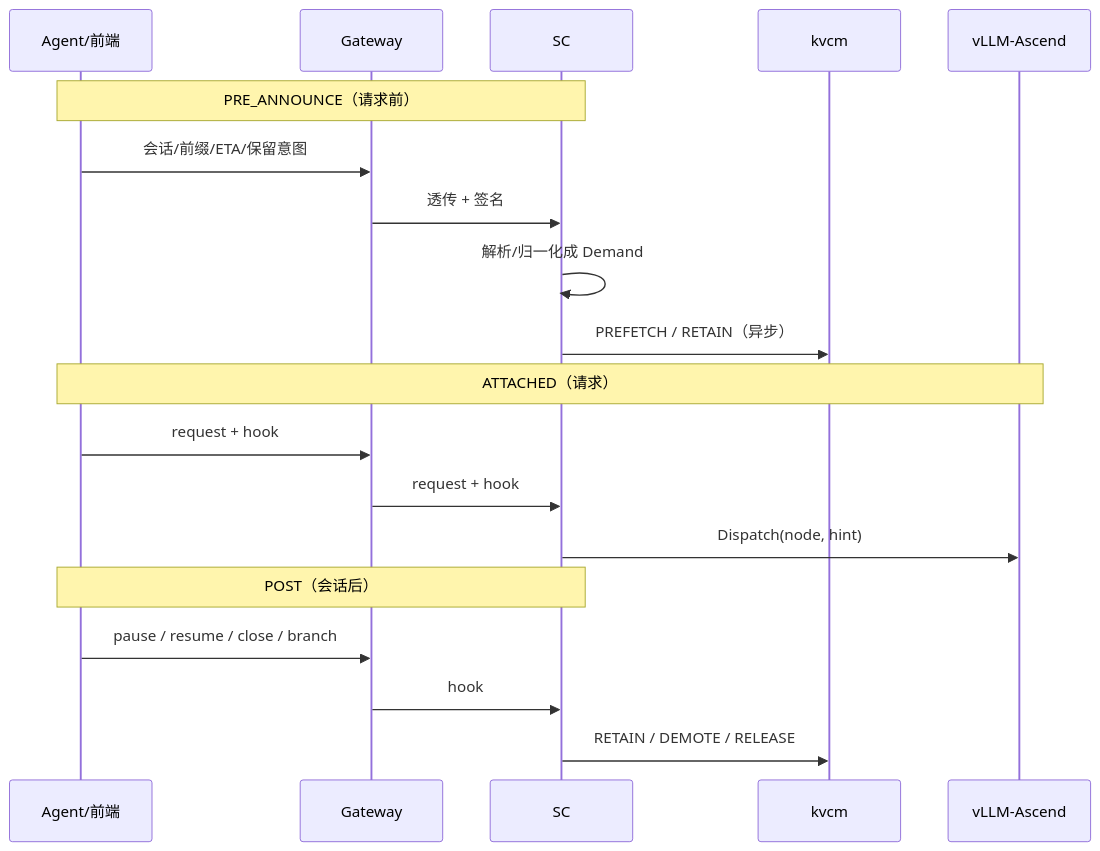
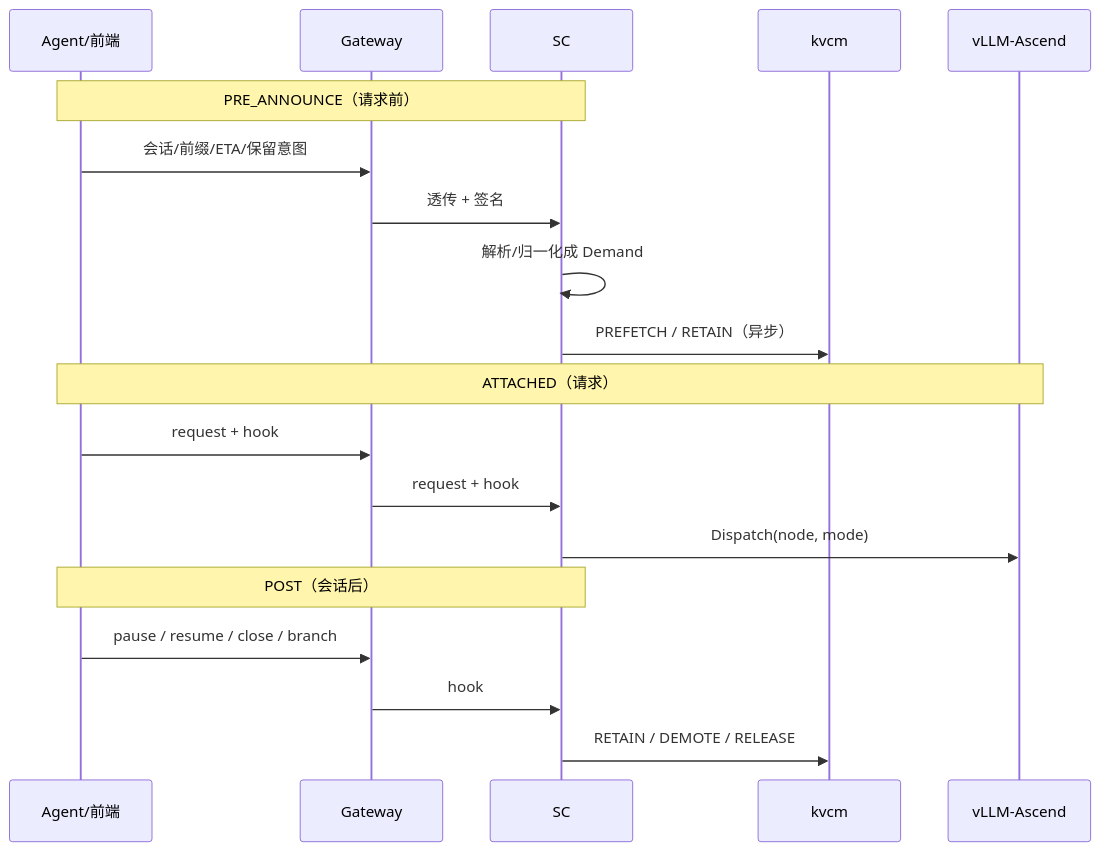
Before and after one commit to 5x8-40/lake: the fifth of 7 diagrams in kvcm/design/D8-joint-scheduling.md, drawn with Mermaid. The commit also changed other lines of this file and 3 other files, not shown here.

First line of the commit message:
docs(kvcm): Dispatch 去掉 hint，改 target+mode

````diff
--- a/kvcm/design/D8-joint-scheduling.md
+++ b/kvcm/design/D8-joint-scheduling.md
@@ -285,24 +285,24 @@
 ```mermaid
 sequenceDiagram
     participant A as Agent/前端
     participant G as Gateway
     participant R as SC
     participant K as kvcm
     participant W as vLLM-Ascend
 
     Note over A,R: PRE_ANNOUNCE（请求前）
     A->>G: 会话/前缀/ETA/保留意图
     G->>R: 透传 + 签名
     R->>R: 解析/归一化成 Demand
     R->>K: PREFETCH / RETAIN（异步）
 
     Note over A,W: ATTACHED（请求）
     A->>G: request + hook
     G->>R: request + hook
-    R->>W: Dispatch(node, hint)
+    R->>W: Dispatch(node, mode)
 
     Note over A,R: POST（会话后）
     A->>G: pause / resume / close / branch
     G->>R: hook
     R->>K: RETAIN / DEMOTE / RELEASE
 ```
````
